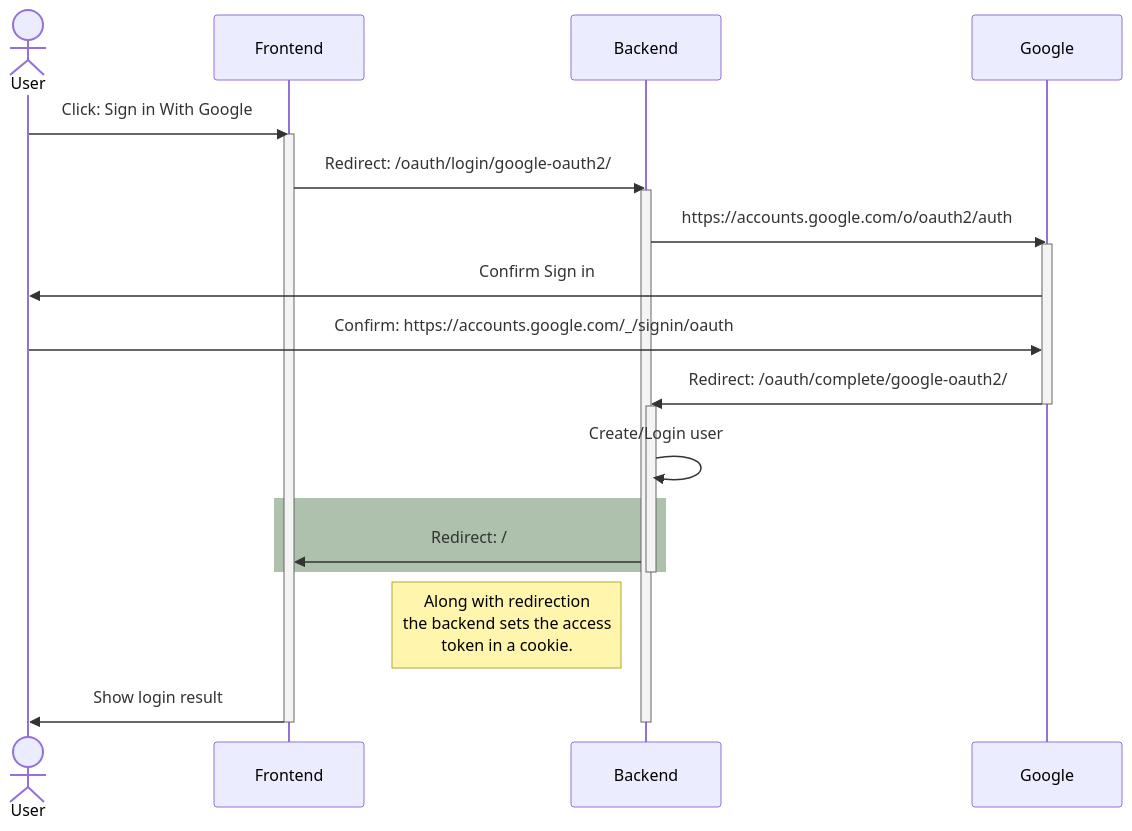
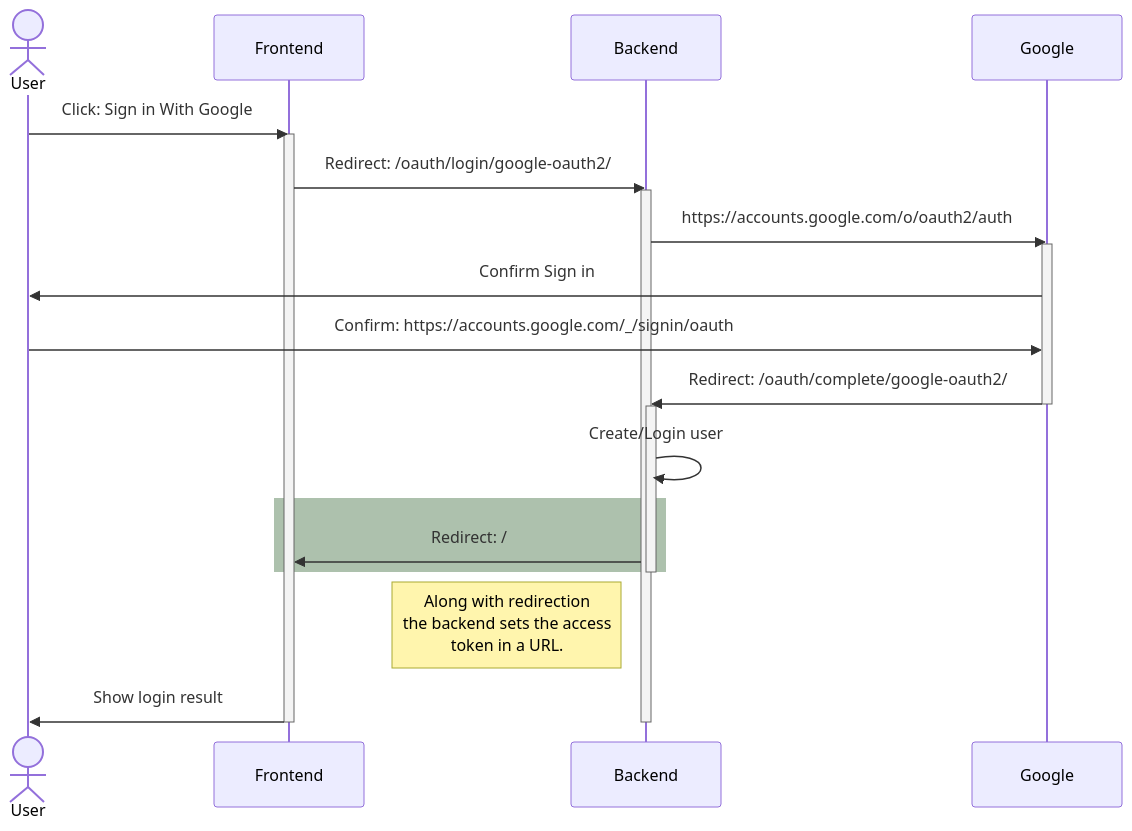
Before and after one commit to 4Rooms/backend: the diagram in doc/Login.md, drawn with Mermaid. The commit also changed other lines of this file and 12 other files, not shown here.

````diff
--- a/doc/Login.md
+++ b/doc/Login.md
@@ -137,35 +135,35 @@
 ```mermaid
 sequenceDiagram
     actor User
     participant Frontend
     participant Backend
     participant Google
 
     User ->> Frontend: Click: Sign in With Google
     activate Frontend
     
     Frontend ->> Backend: Redirect: /oauth/login/google-oauth2/
     activate Backend
 
     Backend ->> Google: https://accounts.google.com/o/oauth2/auth
     activate Google
 
     Google ->> User: Confirm Sign in
     User ->> Google: Confirm: https://accounts.google.com/_/signin/oauth
     Google ->> Backend: Redirect: /oauth/complete/google-oauth2/
     deactivate Google
 
     activate Backend
     Backend ->> Backend: Create/Login user
 
     rect rgba(50, 100, 50, .4)
         Backend ->> Frontend: Redirect: /
     end
     deactivate Backend
 
-    Note left of Backend: Along with redirection<br />the backend sets the access<br />token in a cookie.
+    Note left of Backend: Along with redirection<br />the backend sets the access<br />token in a URL.
 
     Frontend ->> User: Show login result
     deactivate Backend
     deactivate Frontend
 ```
````
